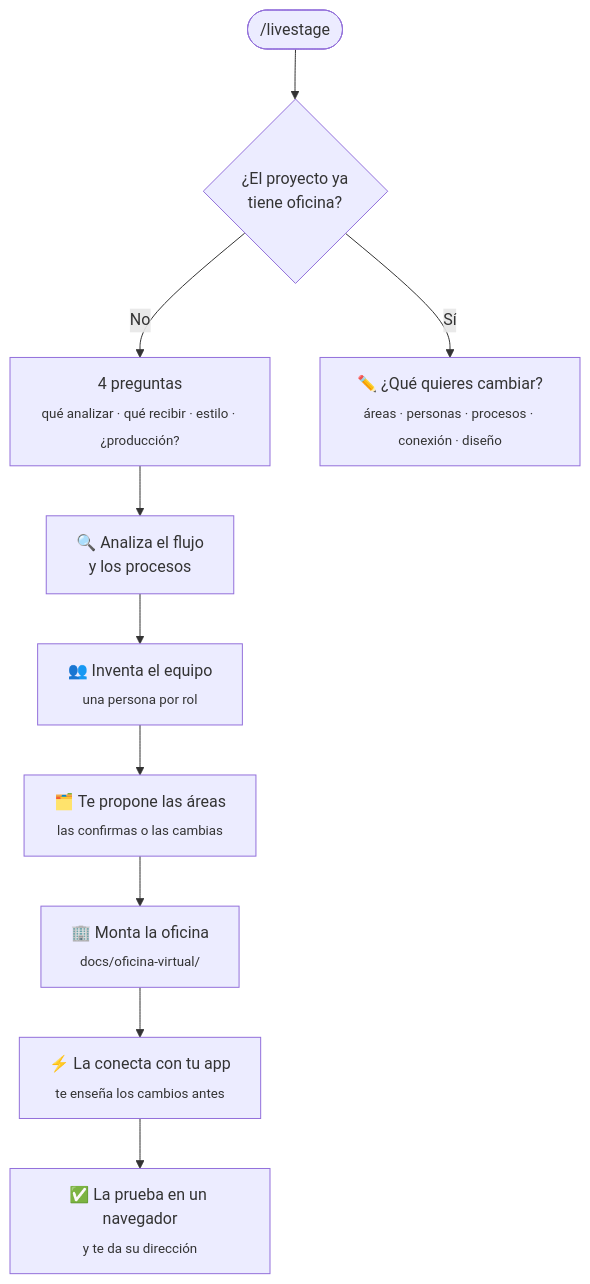
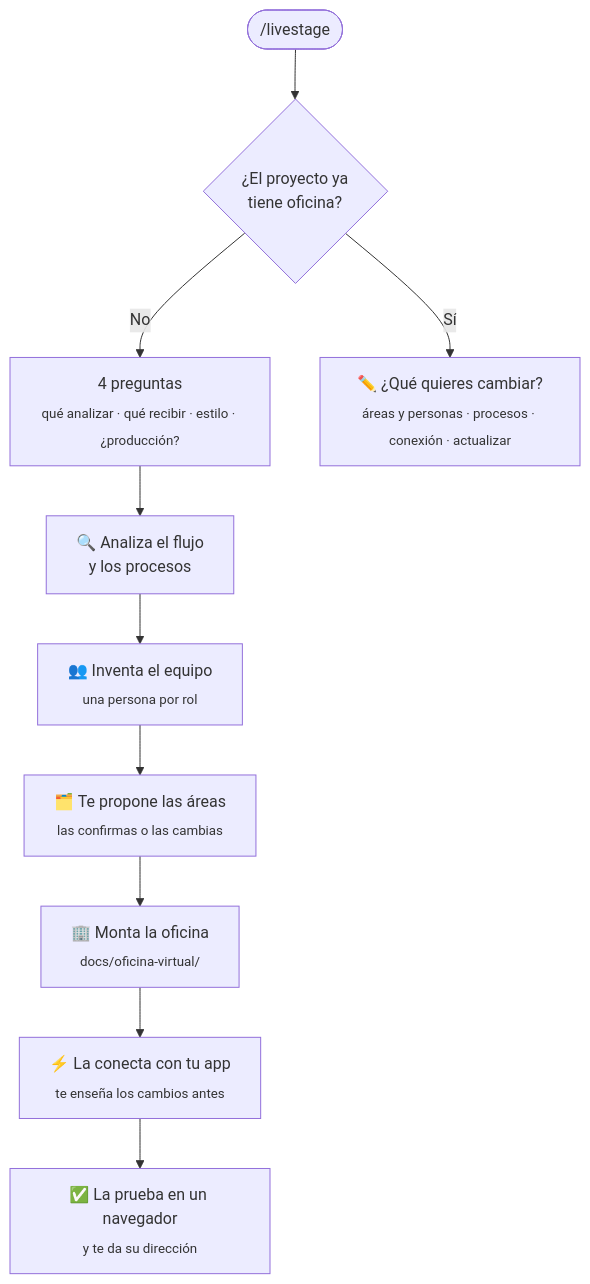
One commit to maomur/claude-plugins changed the second of 2 diagrams in README.md. Above: the diagram before and after it, drawn with Mermaid. The commit also changed other lines of this file and 4 other files, not shown here.

````diff
--- a/README.md
+++ b/README.md
@@ -197,12 +197,12 @@
 ```mermaid
 flowchart TD
     S(["/livestage"]) --> Q{"¿El proyecto ya<br/>tiene oficina?"}
     Q -- "No" --> P1["4 preguntas<br/><sub>qué analizar · qué recibir · estilo · ¿producción?</sub>"]
     P1 --> P2["🔍 Analiza el flujo<br/>y los procesos"]
     P2 --> P3["👥 Inventa el equipo<br/><sub>una persona por rol</sub>"]
     P3 --> P4["🗂️ Te propone las áreas<br/><sub>las confirmas o las cambias</sub>"]
     P4 --> P5["🏢 Monta la oficina<br/><sub>docs/oficina-virtual/</sub>"]
     P5 --> P7["⚡ La conecta con tu app<br/><sub>te enseña los cambios antes</sub>"]
     P7 --> P8["✅ La prueba en un navegador<br/><sub>y te da su dirección</sub>"]
-    Q -- "Sí" --> C1["✏️ ¿Qué quieres cambiar?<br/><sub>áreas · personas · procesos · conexión · diseño</sub>"]
+    Q -- "Sí" --> C1["✏️ ¿Qué quieres cambiar?<br/><sub>áreas y personas · procesos · conexión · actualizar</sub>"]
 ```
````
